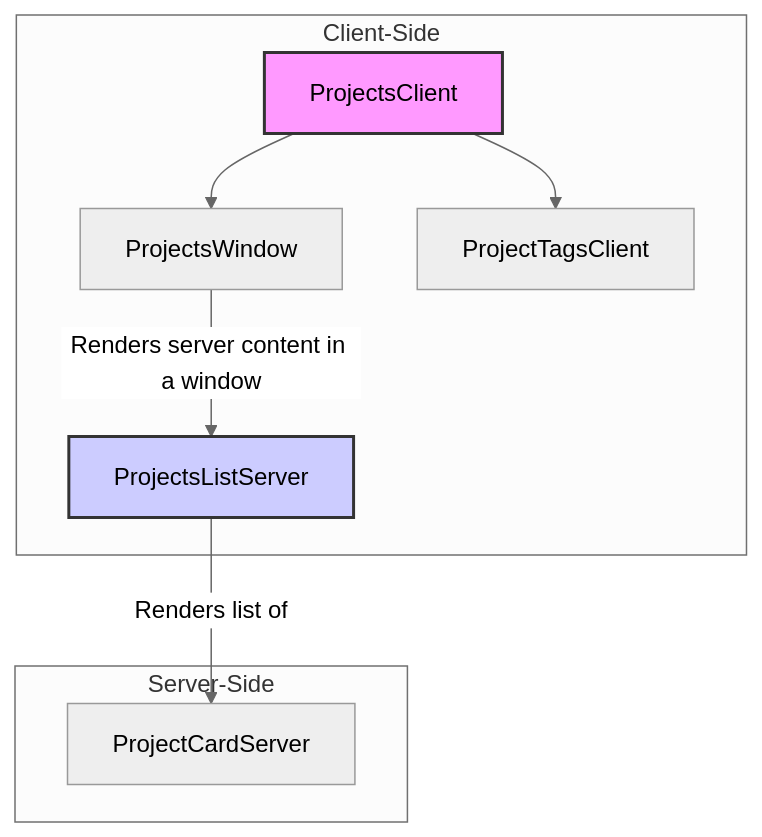
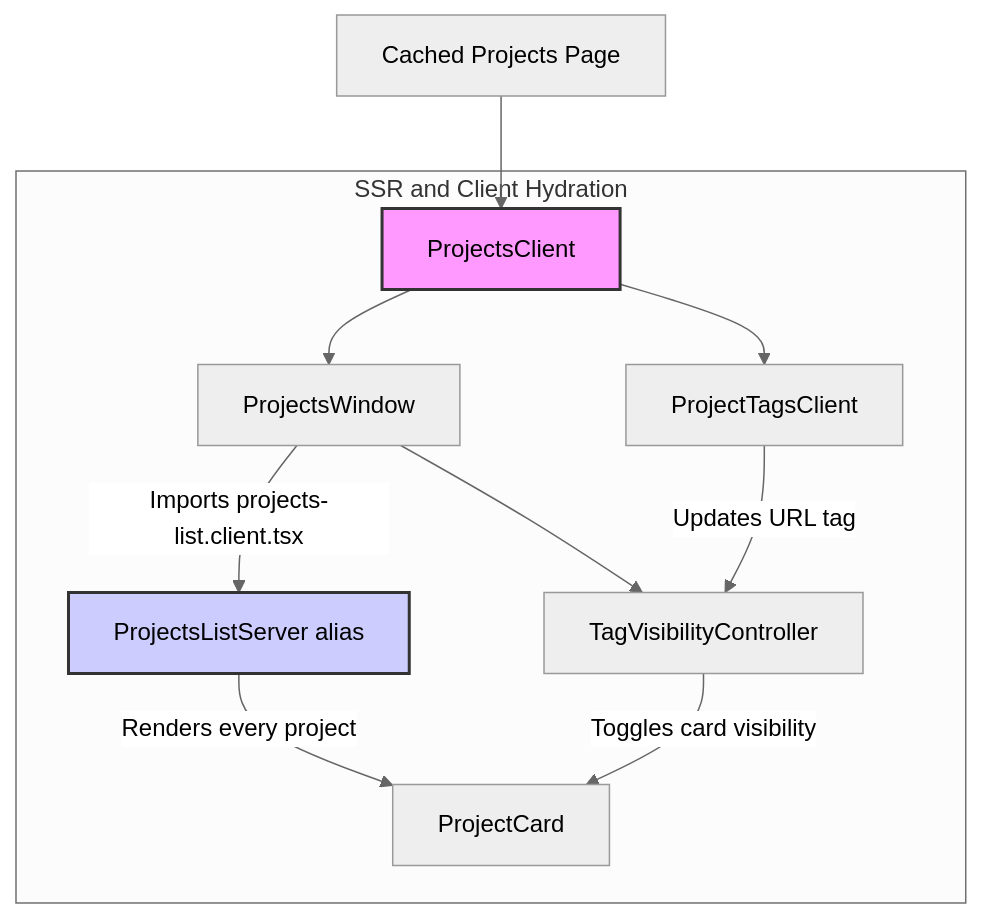
The diagram in docs/features/projects.mmd (WilliamAGH/williamcallahan.com), drawn with Mermaid (neutral theme) before and after one commit. The commit also changed 9 other files, not shown here.

First line of the commit message:
docs(architecture): point readers at retained rendering and refresh owners

```diff
--- a/docs/features/projects.mmd
+++ b/docs/features/projects.mmd
@@ -1,13 +1,14 @@
 graph TD
-    subgraph "Client-Side"
+    P[Cached Projects Page] --> A[ProjectsClient];
+    subgraph "SSR and Client Hydration"
         A[ProjectsClient] --> B[ProjectsWindow];
         A --> C[ProjectTagsClient];
-        B -- "Renders server content in a window" --> D[ProjectsListServer];
-    end
-
-    subgraph "Server-Side"
-        D -- "Renders list of" --> E[ProjectCardServer];
+        B -- "Imports projects-list.client.tsx" --> D[ProjectsListServer alias];
+        D -- "Renders every project" --> E[ProjectCard];
+        C -- "Updates URL tag" --> F[TagVisibilityController];
+        B --> F;
+        F -- "Toggles card visibility" --> E;
     end
 
     style A fill:#f9f,stroke:#333,stroke-width:2px
-    style D fill:#ccf,stroke:#333,stroke-width:2px 
+    style D fill:#ccf,stroke:#333,stroke-width:2px
```
